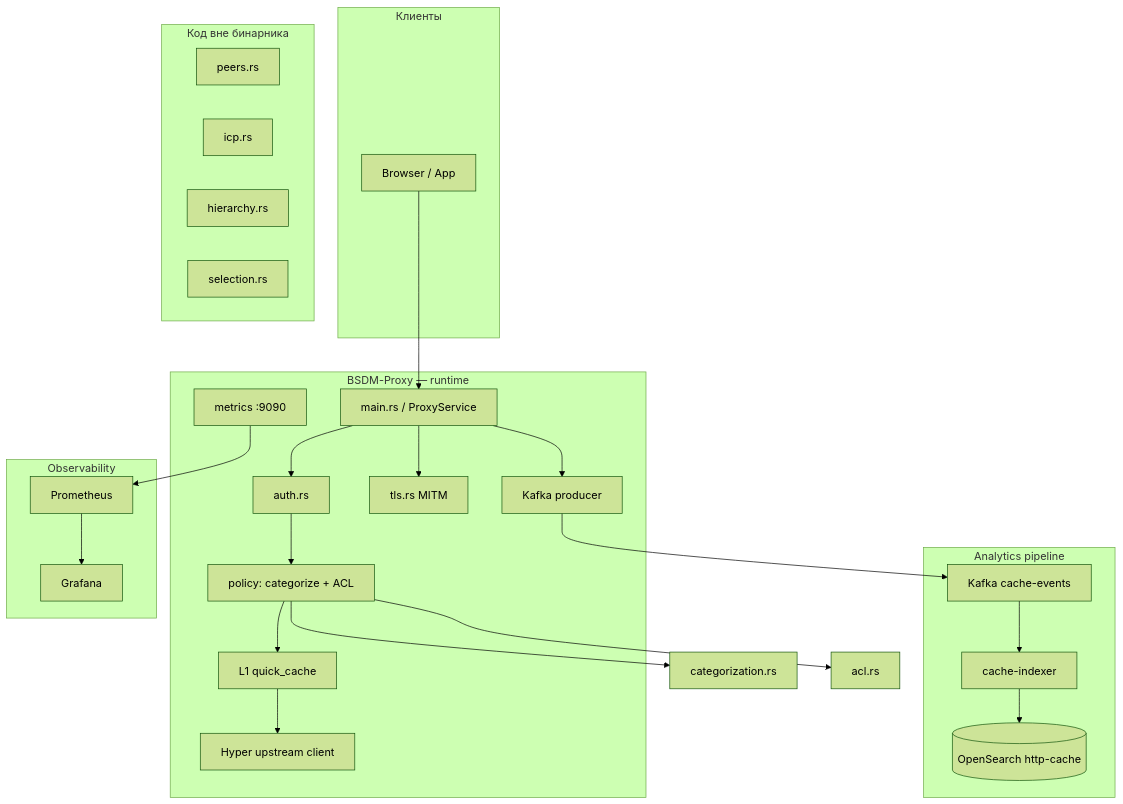
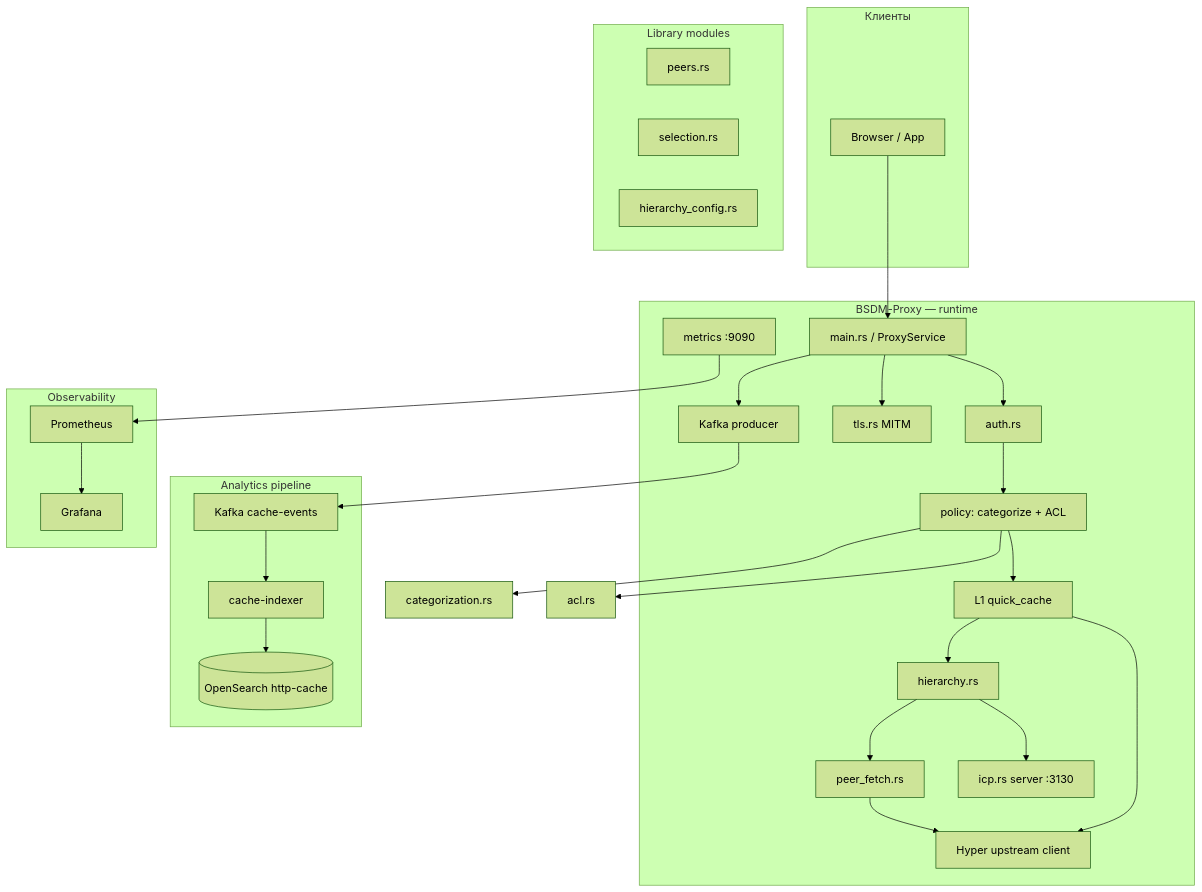
Before and after one commit to onixus/bsdm-proxy: the first of 3 diagrams in docs/architecture.md, drawn with Mermaid (forest theme). The commit also changed other lines of this file and 9 other files, not shown here.

````diff
--- a/docs/architecture.md
+++ b/docs/architecture.md
@@ -13,44 +13,50 @@
 ```mermaid
 flowchart TB
   subgraph clients [Клиенты]
     CL[Browser / App]
   end
 
   subgraph proxy_stack [BSDM-Proxy — runtime]
     MAIN[main.rs / ProxyService]
     AUTH[auth.rs]
     POL[policy: categorize + ACL]
     CACHE[L1 quick_cache]
+    HIER[hierarchy.rs]
+    PEER[peer_fetch.rs]
+    ICP[icp.rs server :3130]
     UP[Hyper upstream client]
     TLS[tls.rs MITM]
     MET[metrics :9090]
     KPROD[Kafka producer]
   end
 
-  subgraph orphan [Код вне бинарника]
+  subgraph lib_modules [Library modules]
     PEERS[peers.rs]
-    ICP[icp.rs]
-    HIER[hierarchy.rs]
     SEL[selection.rs]
+    HCFG[hierarchy_config.rs]
   end
 
   subgraph pipeline [Analytics pipeline]
     KAFKA[Kafka cache-events]
     IDX[cache-indexer]
     OS[(OpenSearch http-cache)]
   end
 
   subgraph observability [Observability]
     PROM[Prometheus]
     GRAF[Grafana]
   end
 
   CL --> MAIN
   MAIN --> AUTH --> POL --> CACHE
   POL --> CAT[categorization.rs]
   POL --> ACL[acl.rs]
+  CACHE --> HIER
+  HIER --> ICP
+  HIER --> PEER
+  PEER --> UP
   CACHE --> UP
   MAIN --> TLS
   MAIN --> KPROD --> KAFKA --> IDX --> OS
   MET --> PROM --> GRAF
 ```
````
